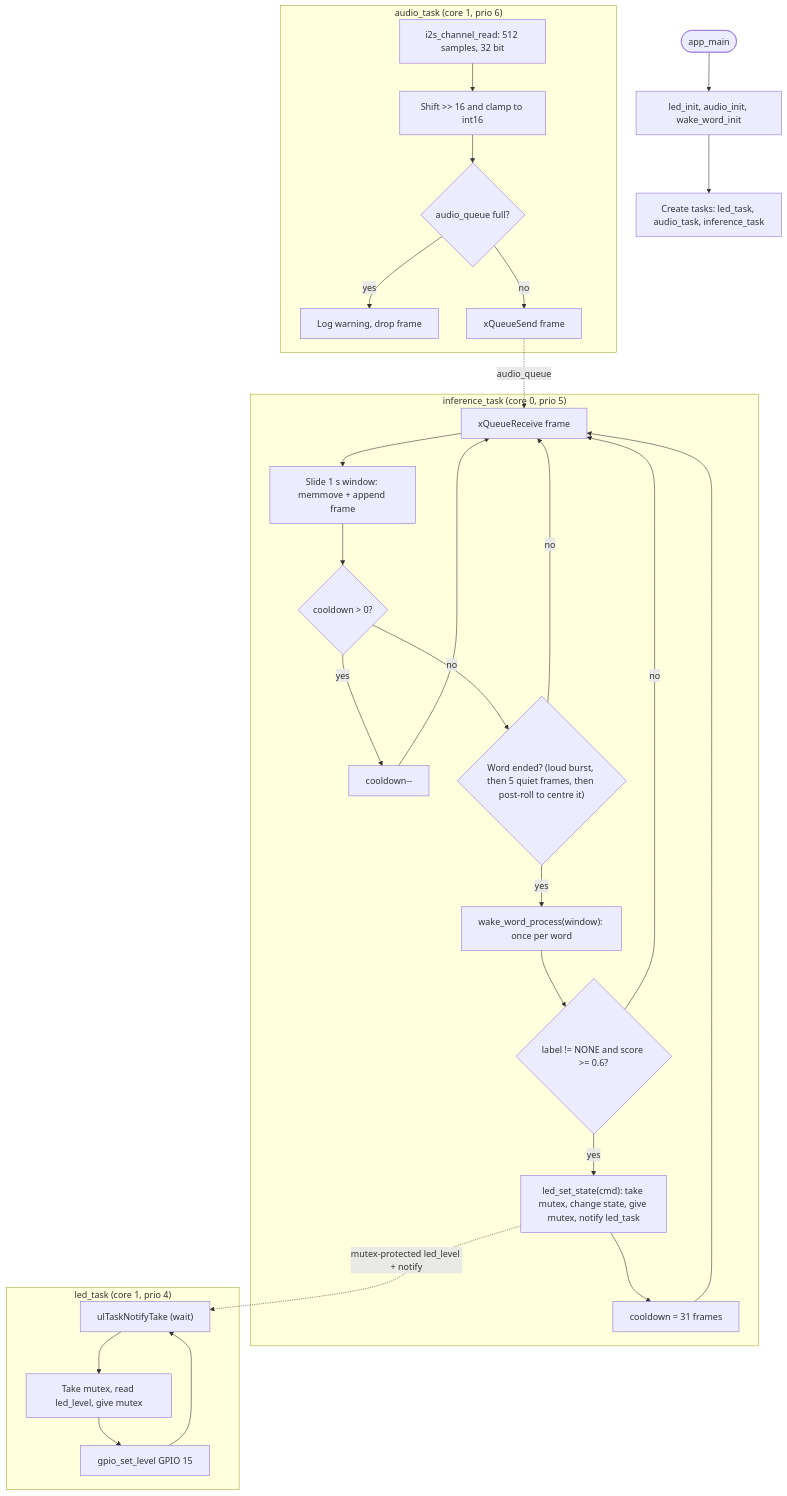
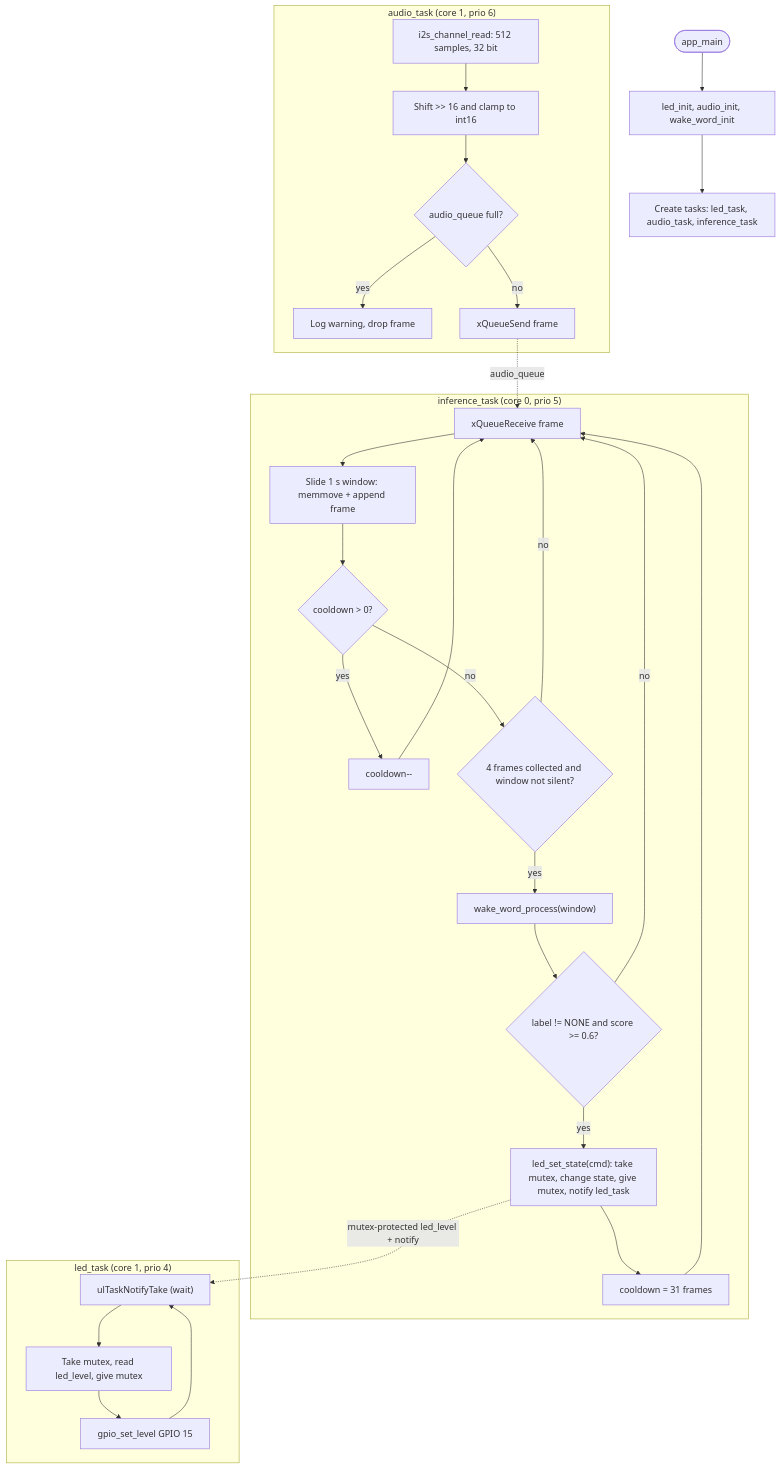
Before and after one commit to annapoltavets/wake-word: the second of 2 diagrams in README.md, drawn with Mermaid. The commit also changed other lines of this file and 2 other files, not shown here.

Commit message:
Replace end-of-word trigger with 128 ms hop and silence gate
The VAD trigger never found a word end in room noise (capped at 22 frames),
so the model ran about once per second at random alignment. Back to a sliding
window evaluated every 4 frames, skipped when the whole window is quiet.

````diff
--- a/README.md
+++ b/README.md
@@ -58,34 +58,34 @@
 ```mermaid
 flowchart TD
     A([app_main]) --> B["led_init, audio_init, wake_word_init"]
     B --> C["Create tasks: led_task, audio_task, inference_task"]
 
     subgraph AT["audio_task (core 1, prio 6)"]
         D["i2s_channel_read: 512 samples, 32 bit"] --> E["Shift >> 16 and clamp to int16"]
         E --> F{"audio_queue full?"}
         F -- yes --> G["Log warning, drop frame"]
         F -- no --> H["xQueueSend frame"]
     end
 
     subgraph IT["inference_task (core 0, prio 5)"]
         I["xQueueReceive frame"] --> J["Slide 1 s window: memmove + append frame"]
         J --> K{"cooldown > 0?"}
         K -- yes --> L["cooldown--"] --> I
-        K -- no --> M{"Word ended? (loud burst, then 5 quiet frames, then post-roll to centre it)"}
+        K -- no --> M{"4 frames collected and window not silent?"}
         M -- no --> I
-        M -- yes --> N["wake_word_process(window): once per word"]
+        M -- yes --> N["wake_word_process(window)"]
         N --> O{"label != NONE and score >= 0.6?"}
         O -- no --> I
         O -- yes --> P["led_set_state(cmd): take mutex, change state, give mutex, notify led_task"]
         P --> Q["cooldown = 31 frames"] --> I
     end
 
     subgraph LT["led_task (core 1, prio 4)"]
         R1["ulTaskNotifyTake (wait)"] --> S["Take mutex, read led_level, give mutex"]
         S --> W["gpio_set_level GPIO 15"]
         W --> R1
     end
 
     H -. audio_queue .-> I
     P -. "mutex-protected led_level + notify" .-> R1
 ```
````
